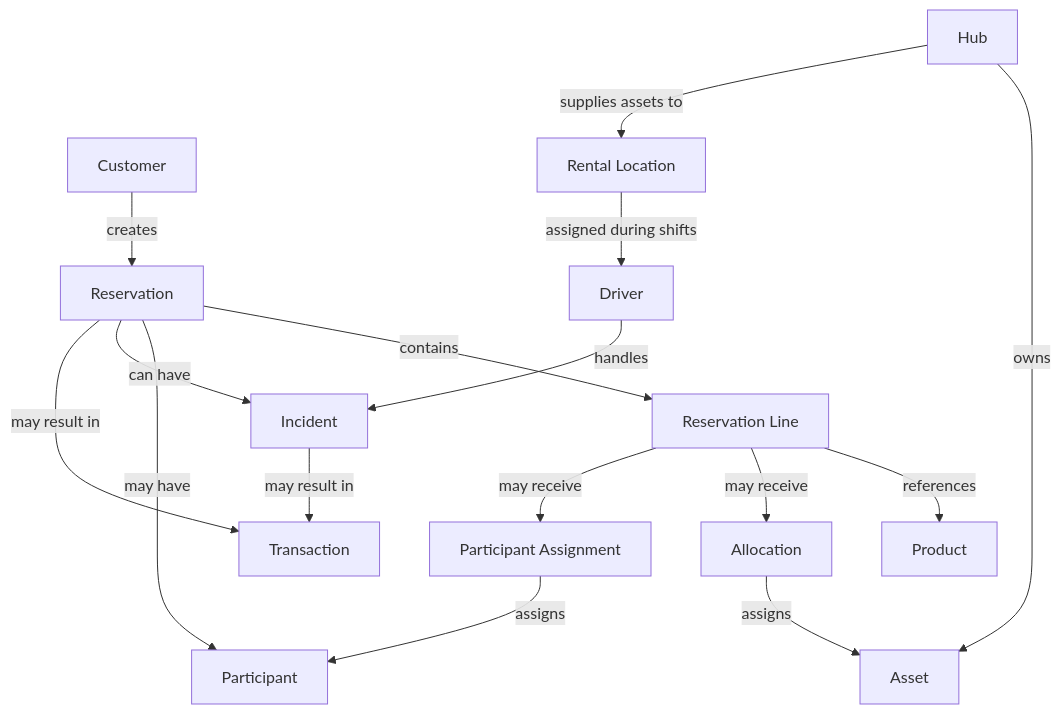
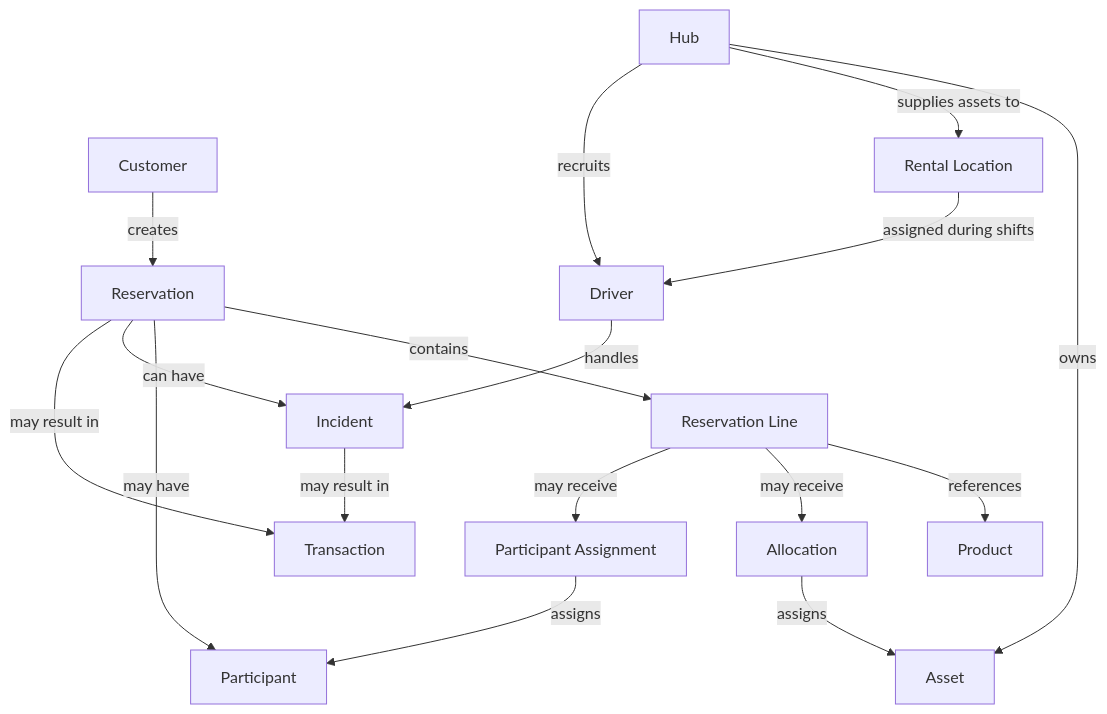
One commit to e-kornmann/FlowDock changed the diagram in docs/architecture/diagrams/02_domain-overview.md. Above: the diagram before and after it, drawn with Mermaid. The commit also changed 3 other files, not shown here.

Commit message:
docs: decide driver home hub, defer allocation properties and catch up learning journal

````diff
--- a/docs/architecture/diagrams/02_domain-overview.md
+++ b/docs/architecture/diagrams/02_domain-overview.md
@@ -5,60 +5,62 @@
 ```mermaid
 flowchart TB
 
 Customer[Customer]
 
 Reservation[Reservation]
 
 ReservationLine[Reservation Line]
 
 Product[Product]
 
 Allocation[Allocation]
 
 ParticipantAssignment[Participant Assignment]
 
 Asset[Asset]
 
 Hub[Hub]
 
 RentalLocation[Rental Location]
 
 Driver[Driver]
 
 Participant[Participant]
 
 Incident[Incident]
 
 Transaction[Transaction]
 
 
 Customer -->|creates| Reservation
 
 Reservation -->|contains| ReservationLine
 
 Reservation -->|may have| Participant
 
 ReservationLine -->|references| Product
 
 ReservationLine -->|may receive| Allocation
 
 Allocation -->|assigns| Asset
 
 ReservationLine -->|may receive| ParticipantAssignment
 
 ParticipantAssignment -->|assigns| Participant
 
 Hub -->|owns| Asset
 
 Hub -->|supplies assets to| RentalLocation
 
+Hub -->|recruits| Driver
+
 RentalLocation -->|assigned during shifts| Driver
 
 Driver -->|handles| Incident
 
 Reservation -->|can have| Incident
 
 Reservation -->|may result in| Transaction
 
 Incident -->|may result in| Transaction
 ```
````
